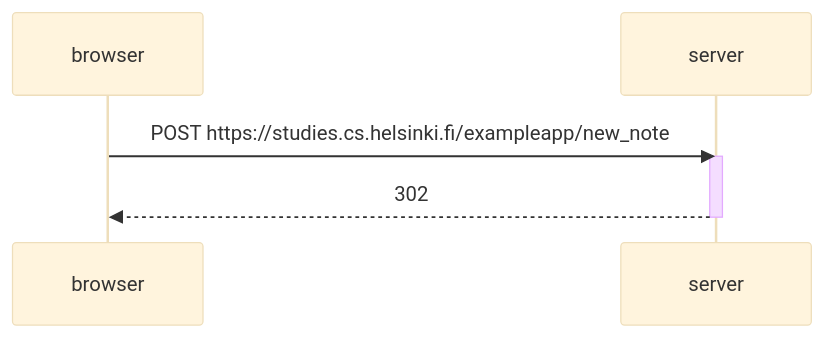
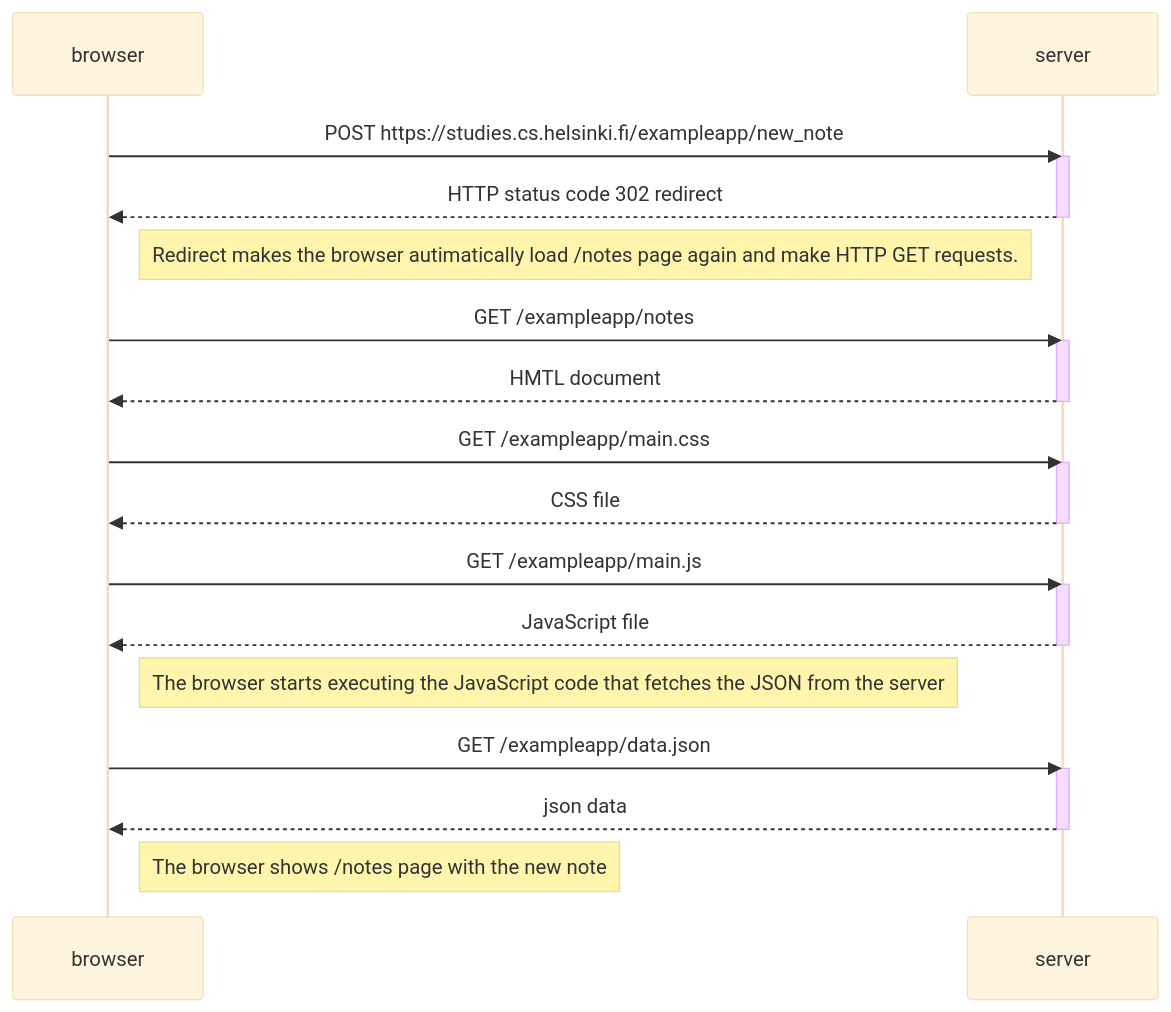
The diagram in osa0/0.4.md (Myltsi/fullstack_palautus), drawn with Mermaid (base theme) before and after one commit.

Commit message:
Full sequence diagram
Updated HTTP status code message and added notes for browser interactions.

````diff
--- a/osa0/0.4.md
+++ b/osa0/0.4.md
@@ -1,10 +1,38 @@
 ```mermaid
 sequenceDiagram
     participant browser
     participant server
     
     browser->>server: POST https://studies.cs.helsinki.fi/exampleapp/new_note
     activate server
-    server-->>browser: 302
+    server-->>browser: HTTP status code 302 redirect
     deactivate server
+
+    Note right of browser: Redirect makes the browser autimatically load /notes page again and make HTTP GET requests.
+
+    browser->>server: GET /exampleapp/notes
+    activate server
+    server-->>browser: HMTL document
+    deactivate server
+
+    browser->>server: GET /exampleapp/main.css
+    activate server
+    server-->>browser: CSS file
+    deactivate server
+
+    browser->>server: GET /exampleapp/main.js
+    activate server
+    server-->>browser: JavaScript file
+    deactivate server
+
+    Note right of browser: The browser starts executing the JavaScript code that fetches the JSON from the server
+
+    browser->>server: GET /exampleapp/data.json
+    activate server
+    server-->>browser: json data
+    deactivate server
+
+    Note right of browser: The browser shows /notes page with the new note
+
+    
 ```
````
